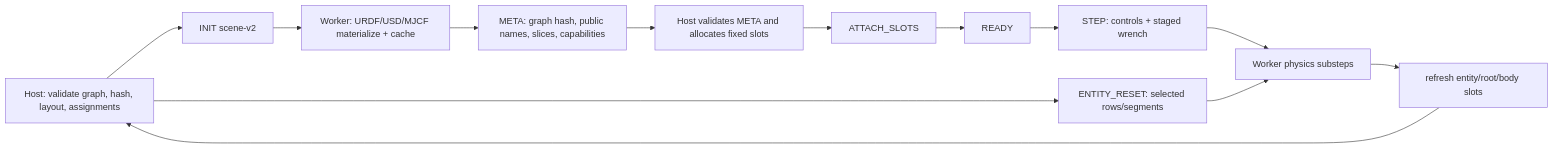
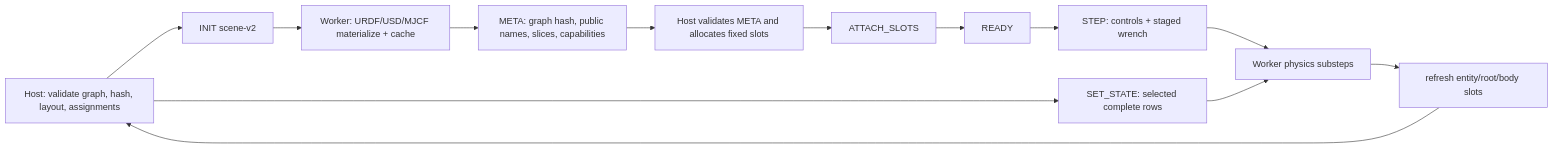
Before and after one commit to lemon-star608/unisim: the diagram in docs/isaacsim-multi-entity-contract-proposal.md, drawn with Mermaid. The commit also changed other lines of this file, not shown here.

Commit message:
docs: narrow IsaacSim multi-entity contract

````diff
--- a/docs/isaacsim-multi-entity-contract-proposal.md
+++ b/docs/isaacsim-multi-entity-contract-proposal.md
@@ -343,15 +513,15 @@
 ```mermaid
 flowchart LR
     H[Host: validate graph, hash, layout, assignments] --> I[INIT scene-v2]
     I --> W[Worker: URDF/USD/MJCF materialize + cache]
     W --> M[META: graph hash, public names, slices, capabilities]
     M --> V[Host validates META and allocates fixed slots]
     V --> A[ATTACH_SLOTS]
     A --> R[READY]
     R --> S[STEP: controls + staged wrench]
     S --> P[Worker physics substeps]
     P --> D[refresh entity/root/body slots]
     D --> H
-    H --> Q[ENTITY_RESET: selected rows/segments]
+    H --> Q[SET_STATE: selected complete rows]
     Q --> P
 ```
````
